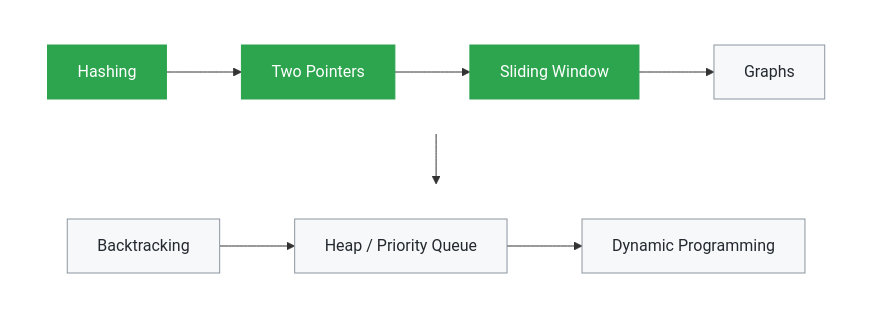
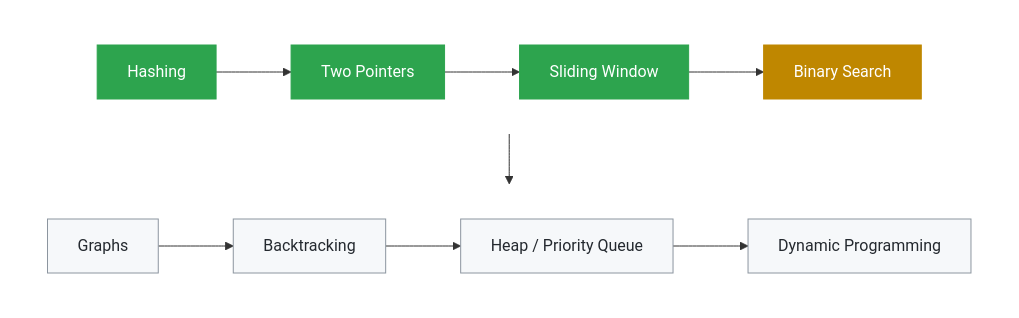
Before and after one commit to yuviyashu/java-dsa-patterns: the diagram in README.md, drawn with Mermaid. The commit also changed other lines of this file and 2 other files, not shown here.

Commit message:
Add Binary Search (Binary Search) — halve the range around mid

````diff
--- a/README.md
+++ b/README.md
@@ -16,19 +16,20 @@
 ```mermaid
 flowchart TB
     subgraph row1 [" "]
         direction LR
-        A[Hashing] --> B[Two Pointers] --> C[Sliding Window] --> D[Graphs]
+        A[Hashing] --> B[Two Pointers] --> C[Sliding Window] --> H[Binary Search]
     end
     subgraph row2 [" "]
         direction LR
-        E[Backtracking] --> F[Heap / Priority Queue] --> G[Dynamic Programming]
+        D[Graphs] --> E[Backtracking] --> F[Heap / Priority Queue] --> G[Dynamic Programming]
     end
     row1 --> row2
     style row1 fill:none,stroke:none
     style row2 fill:none,stroke:none
     classDef done fill:#2da44e,color:#fff,stroke:#2da44e
     classDef inprogress fill:#bf8700,color:#fff,stroke:#bf8700
     classDef next fill:#f6f8fa,color:#24292f,stroke:#8c959f
     class A,B,C done
+    class H inprogress
     class D,E,F,G next
 ```
````
